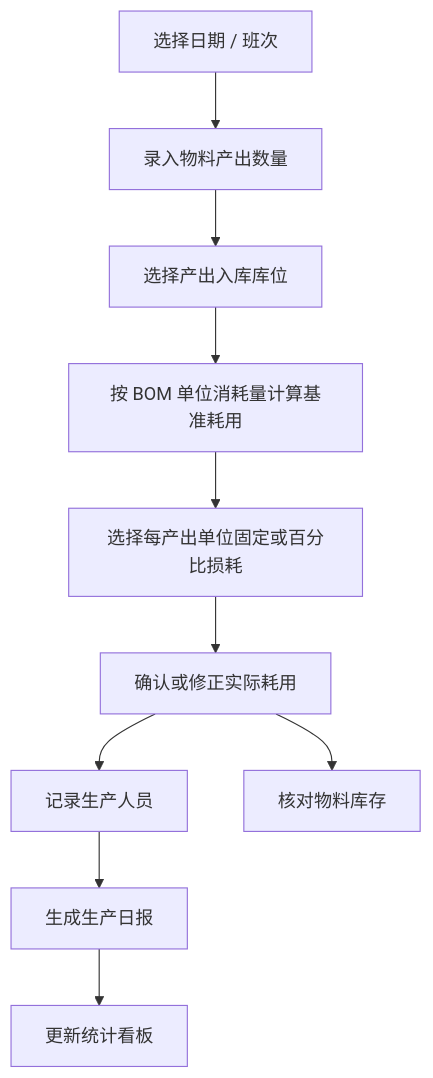
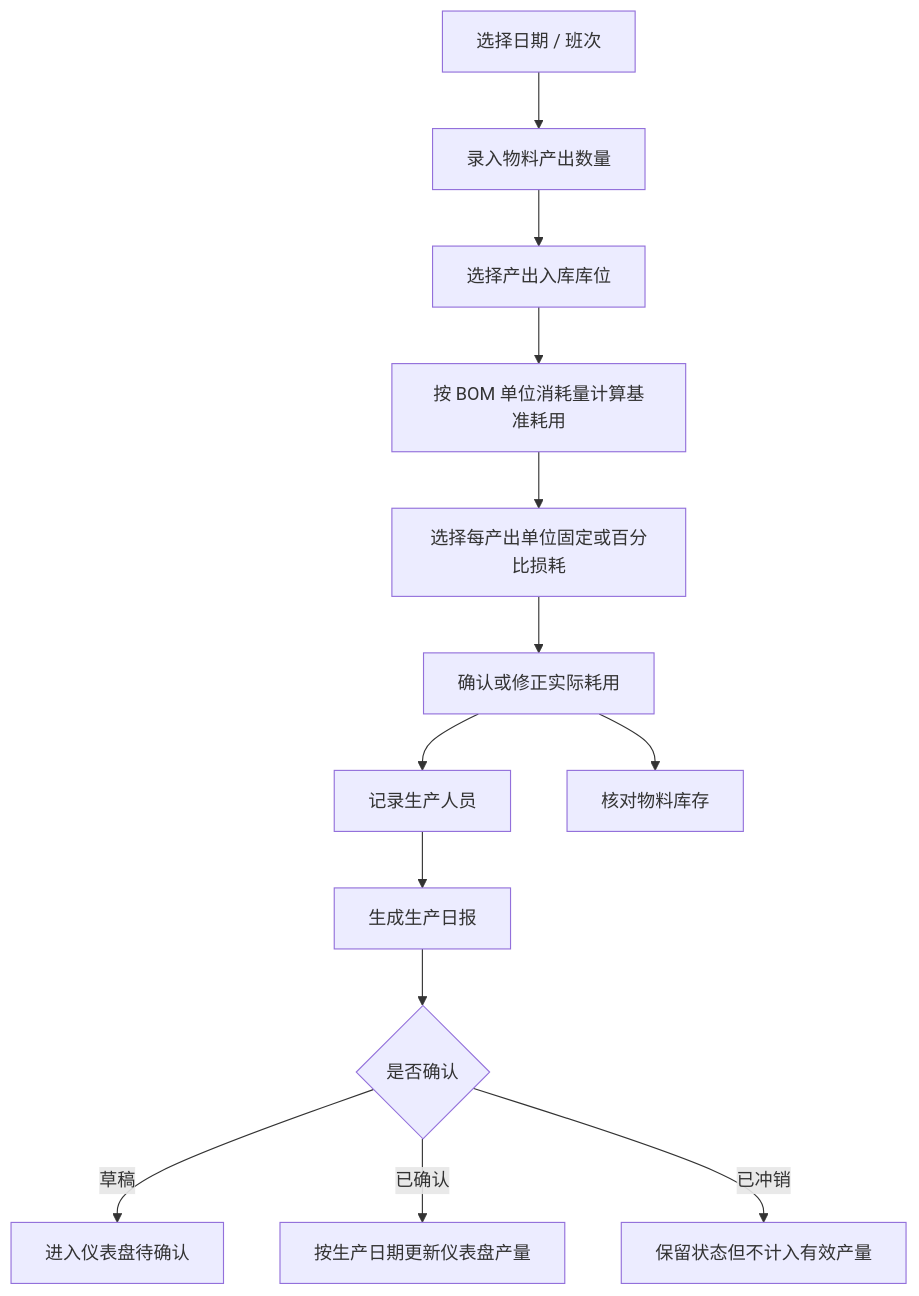
One commit to goldf2/mes-lite changed the tenth of 16 diagrams in docs/minierp/system-function-flow.md. Above: the diagram before and after it, drawn with Mermaid. The commit also changed other lines of this file and 11 other files, not shown here.

````diff
--- a/docs/minierp/system-function-flow.md
+++ b/docs/minierp/system-function-flow.md
@@ -320,12 +320,15 @@
 ```mermaid
 flowchart TD
   A["选择日期 / 班次"] --> B["录入物料产出数量"]
   B --> C["选择产出入库库位"]
   C --> D["按 BOM 单位消耗量计算基准耗用"]
   D --> E["选择每产出单位固定或百分比损耗"]
   E --> I["确认或修正实际耗用"]
   I --> J["记录生产人员"]
   J --> F["生成生产日报"]
-  F --> G["更新统计看板"]
+  F --> K{"是否确认"}
+  K -->|草稿| L["进入仪表盘待确认"]
+  K -->|已确认| G["按生产日期更新仪表盘产量"]
+  K -->|已冲销| M["保留状态但不计入有效产量"]
   I --> H["核对物料库存"]
 ```
````
